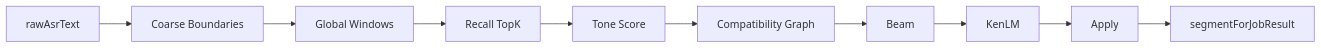
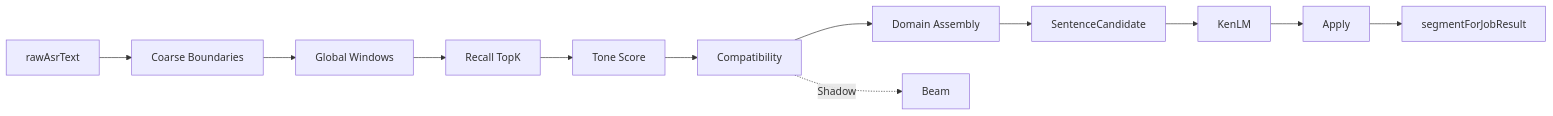
The diagram in docs/fw-detector/ARCHITECTURE.md (TinoTau/lingua_1), drawn with Mermaid before and after one commit. The commit also changed other lines of this file and 85 other files, not shown here.

````diff
--- a/docs/fw-detector/ARCHITECTURE.md
+++ b/docs/fw-detector/ARCHITECTURE.md
@@ -37,12 +43,14 @@
 ```mermaid
 flowchart LR
   ASR[rawAsrText] --> IME[Coarse Boundaries]
   IME --> GW[Global Windows]
   GW --> RC[Recall TopK]
   RC --> TS[Tone Score]
-  TS --> CC[Compatibility Graph]
-  CC --> BM[Beam]
-  BM --> KL[KenLM]
+  TS --> CC[Compatibility]
+  CC --> DA[Domain Assembly]
+  DA --> SC[SentenceCandidate]
+  SC --> KL[KenLM]
   KL --> AP[Apply]
   AP --> OUT[segmentForJobResult]
+  CC -. Shadow .-> BM[Beam]
 ```
````
